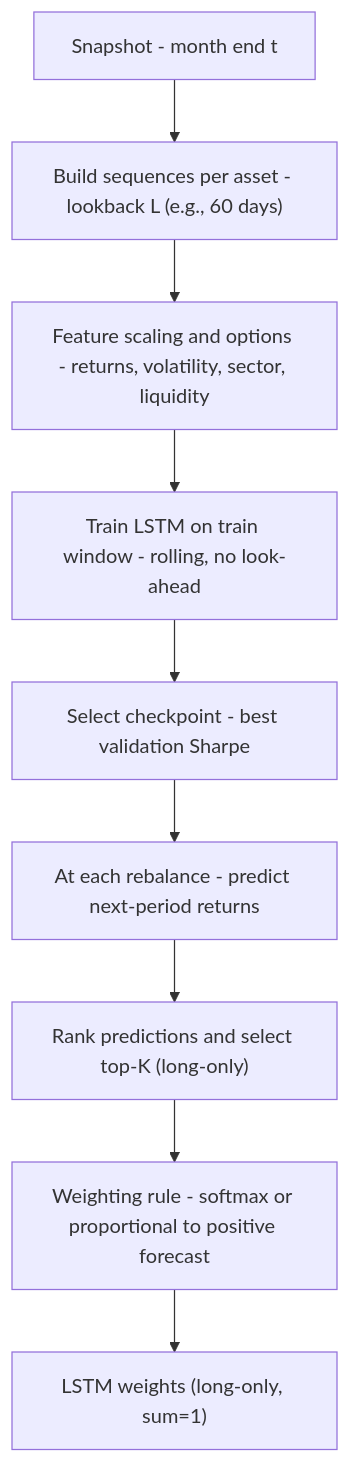
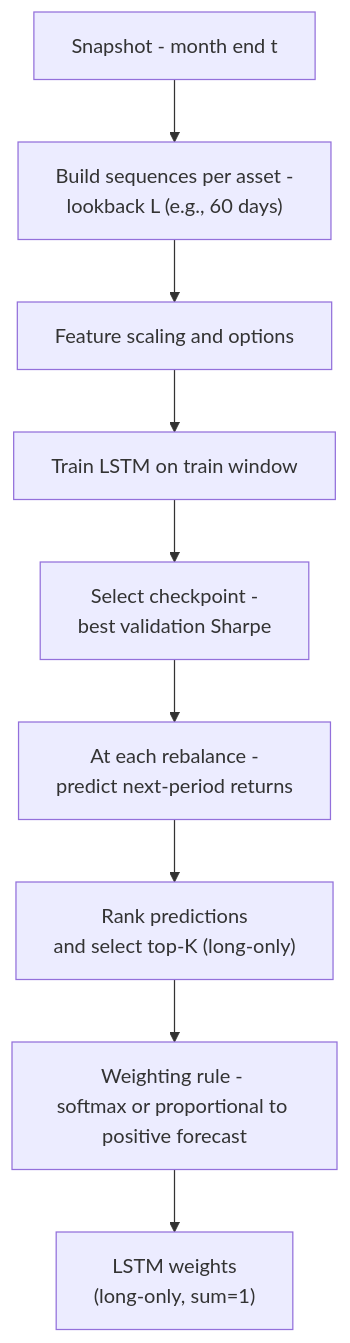
Before and after one commit to BrianIsaac/FinanceCoding: the sixth of 7 diagrams in GNN/test.md, drawn with Mermaid. The commit also changed other lines of this file and 32 other files, not shown here.

````diff
--- a/GNN/test.md
+++ b/GNN/test.md
@@ -132,11 +132,11 @@
 ```mermaid
 flowchart TB
-  A2["Snapshot - month end t"] --> B2["Build sequences per asset - lookback L (e.g., 60 days)"]
-  B2 --> C2["Feature scaling and options - returns, volatility, sector, liquidity"]
-  C2 --> D2["Train LSTM on train window - rolling, no look-ahead"]
-  D2 --> E2["Select checkpoint - best validation Sharpe"]
-  E2 --> P2["At each rebalance - predict next-period returns"]
-  P2 --> R2["Rank predictions and select top-K (long-only)"]
-  R2 --> W2["Weighting rule - softmax or proportional to positive forecast"]
-  W2 --> W_LSTM["LSTM weights (long-only, sum=1)"]
+  A2["Snapshot - month end t"] --> B2["Build sequences per asset -<br/> lookback L (e.g., 60 days)"]
+  B2 --> C2["Feature scaling and options"]
+  C2 --> D2["Train LSTM on train window"]
+  D2 --> E2["Select checkpoint - <br/>best validation Sharpe"]
+  E2 --> P2["At each rebalance -<br/> predict next-period returns"]
+  P2 --> R2["Rank predictions<br/> and select top-K (long-only)"]
+  R2 --> W2["Weighting rule - <br/>softmax or proportional to positive forecast"]
+  W2 --> W_LSTM["LSTM weights <br/>(long-only, sum=1)"]
 ```
````
